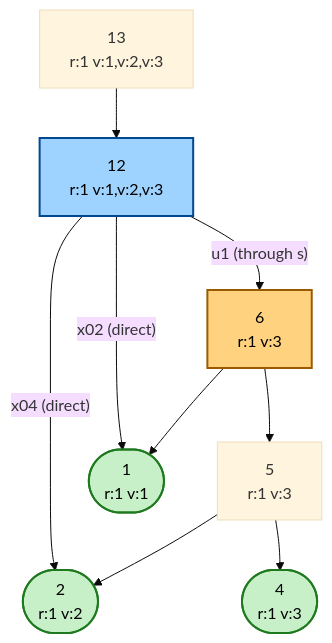
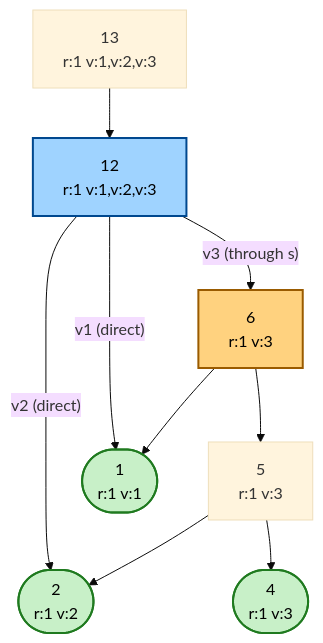
Before and after one commit to brianguenter/FastDifferentiation.jl: the third of 3 diagrams in ALGORITHM_EXPLAINED.md, drawn with Mermaid (base theme). The commit also changed other lines of this file and 7 other files, not shown here.

````diff
--- a/ALGORITHM_EXPLAINED.md
+++ b/ALGORITHM_EXPLAINED.md
@@ -384,23 +388,23 @@
 ```mermaid
 graph TD
     n13y["13<br/>r:1 v:1,v:2,v:3"]
     n12y["12<br/>r:1 v:1,v:2,v:3"]:::reconverge
     n6y["6<br/>r:1 v:3"]:::shared
     n5y["5<br/>r:1 v:3"]
     n1y(["1<br/>r:1 v:1"]):::var
     n2y(["2<br/>r:1 v:2"]):::var
     n4y(["4<br/>r:1 v:3"]):::var
 
     n13y --> n12y
-    n12y -->|"u1 (through s)"| n6y
-    n12y -->|"x04 (direct)"| n2y
-    n12y -->|"x02 (direct)"| n1y
+    n12y -->|"v3 (through s)"| n6y
+    n12y -->|"v2 (direct)"| n2y
+    n12y -->|"v1 (direct)"| n1y
     n6y --> n1y
     n6y --> n5y
     n5y --> n2y
     n5y --> n4y
 
     classDef shared fill:#ffd27f,stroke:#9a5b00,stroke-width:2px,color:#000000
     classDef reconverge fill:#9fd3ff,stroke:#00488f,stroke-width:2px,color:#000000
     classDef var fill:#c8f0c8,stroke:#1f7a1f,stroke-width:2px,color:#000000
 ```
````
